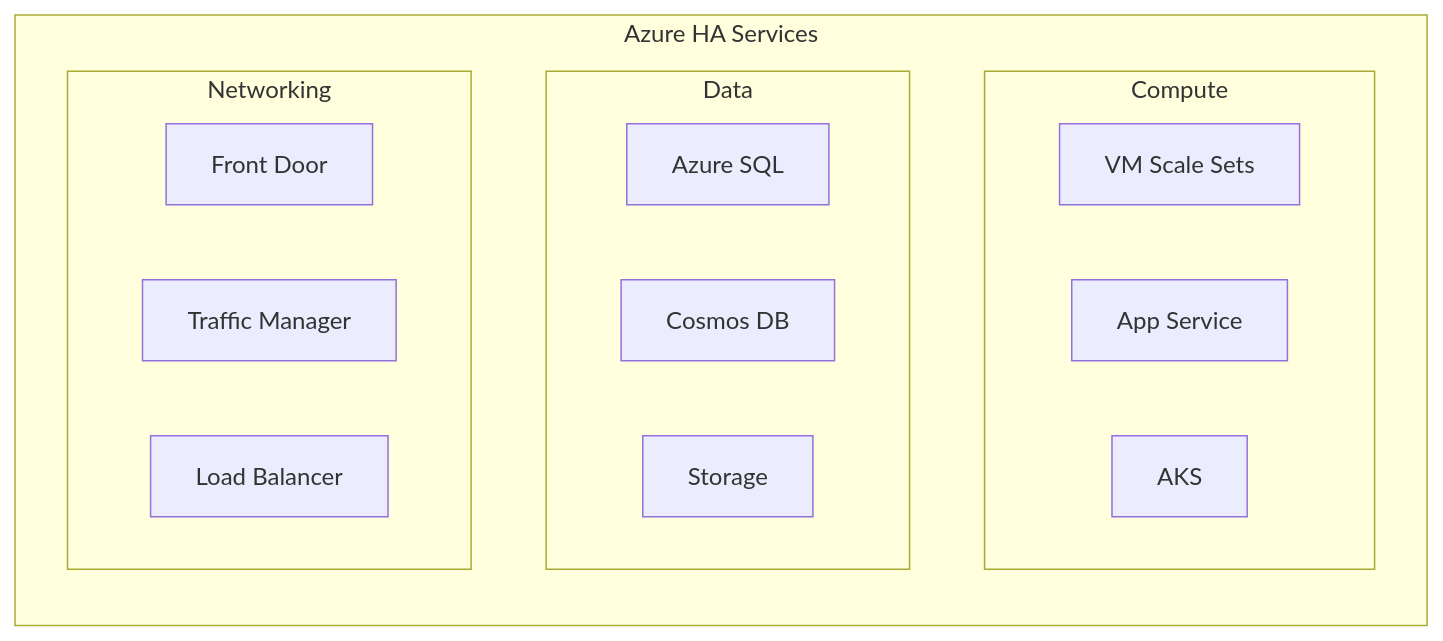
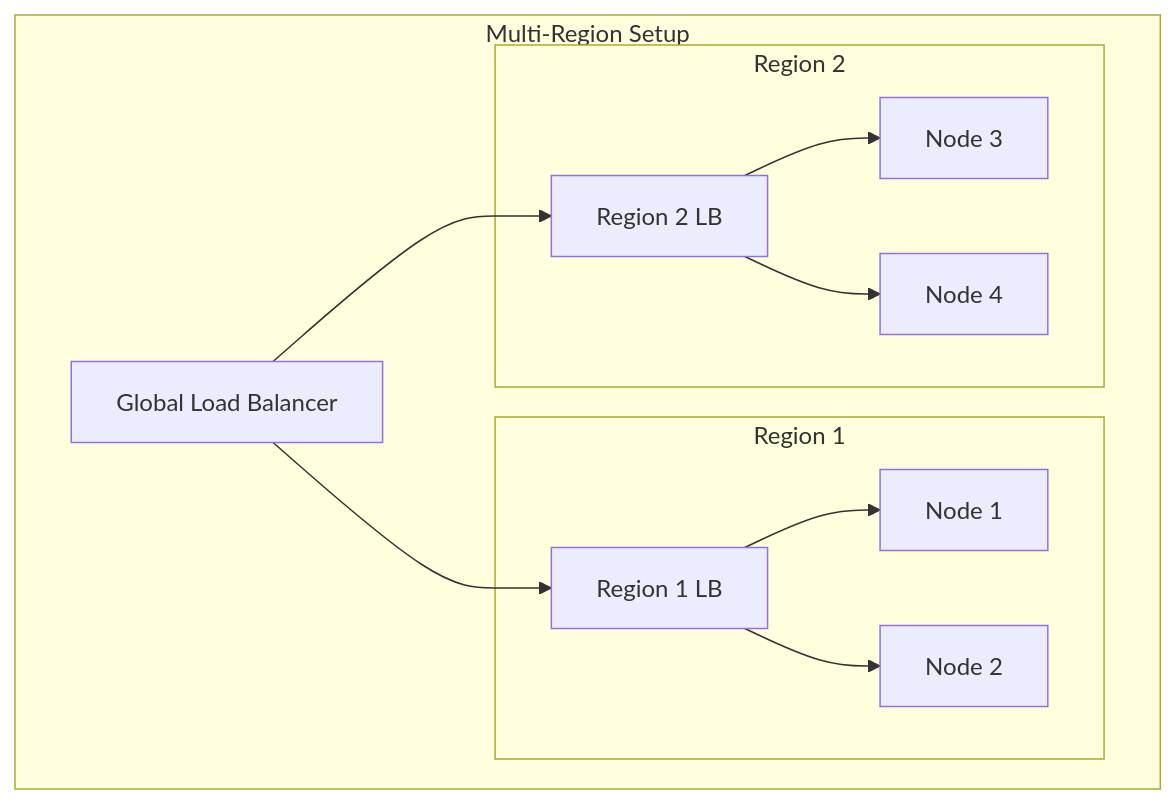
One commit to saravanakumarrc/Architecture_Journey changed the fourth of 4 diagrams in src/High_Availability_Design.md. Above: the diagram before and after it, drawn with Mermaid. The commit also changed other lines of this file and 3 other files, not shown here.

````diff
--- a/src/High_Availability_Design.md
+++ b/src/High_Availability_Design.md
@@ -508,24 +236,19 @@
 ```mermaid
 graph TB
-    subgraph "Azure HA Services"
-        direction TB
+    subgraph "Multi-Region Setup"
+        LB[Global Load Balancer]
         
-        subgraph "Compute"
-            VMSS[VM Scale Sets]
-            APP[App Service]
-            AKS[AKS]
+        subgraph "Region 1"
+            R1[Region 1 LB] --> N1[Node 1]
+            R1 --> N2[Node 2]
         end
         
-        subgraph "Data"
-            SQL[Azure SQL]
-            COSMOS[Cosmos DB]
-            STORAGE[Storage]
+        subgraph "Region 2"
+            R2[Region 2 LB] --> N3[Node 3]
+            R2 --> N4[Node 4]
         end
         
-        subgraph "Networking"
-            AFD[Front Door]
-            ATM[Traffic Manager]
-            ALB[Load Balancer]
-        end
+        LB --> R1
+        LB --> R2
     end
 ```
````
